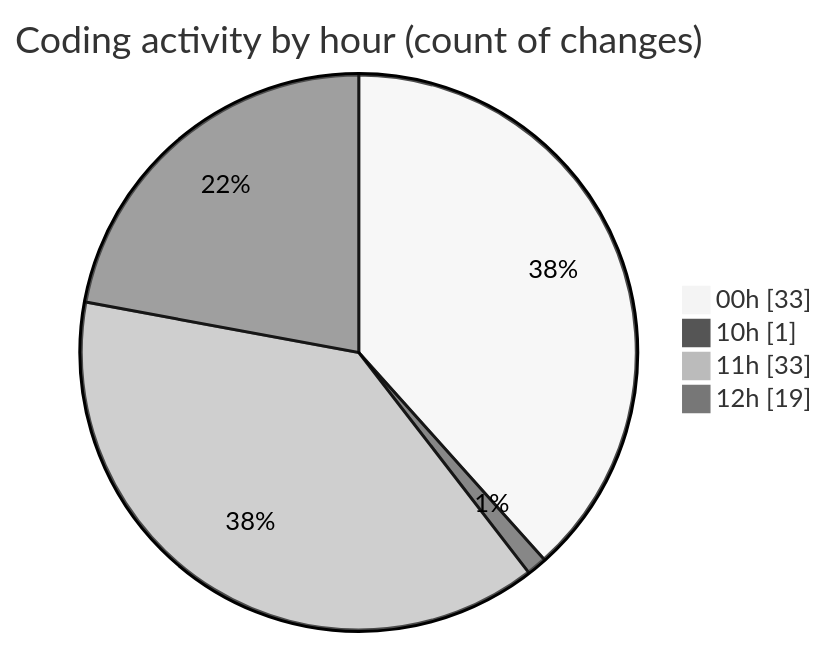
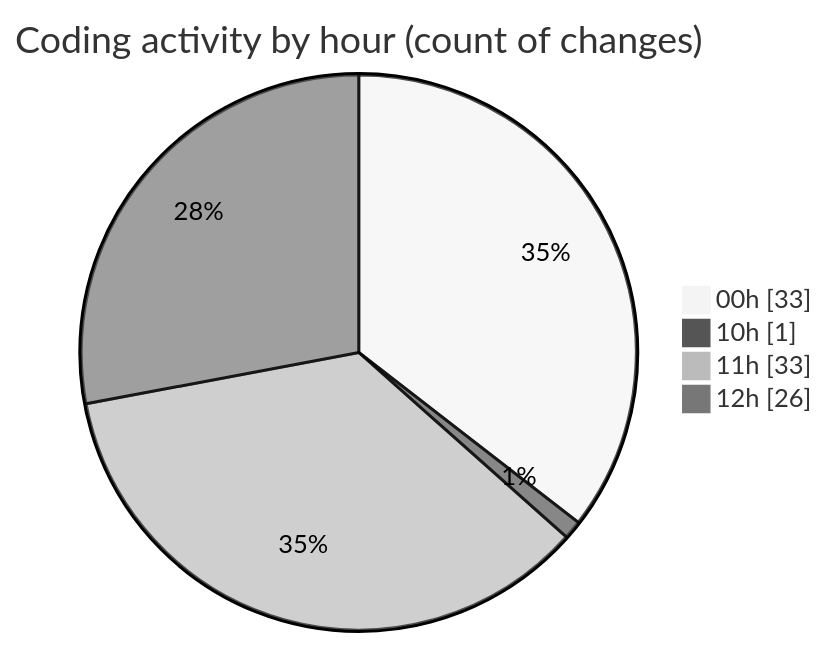
Before and after one commit to nxtqubesakshisongat/code-tracking: the second of 2 diagrams in 2025-08-10/nxtqube_webapp/README.md, drawn with Mermaid (neutral theme). The commit also changed other lines of this file and 1 other file, not shown here.

````diff
--- a/2025-08-10/nxtqube_webapp/README.md
+++ b/2025-08-10/nxtqube_webapp/README.md
@@ -29,8 +29,8 @@
 ```mermaid
 pie showData
 title Coding activity by hour (count of changes)
 "00h" : 33
 "10h" : 1
 "11h" : 33
-"12h" : 19
+"12h" : 26
 ```
````
